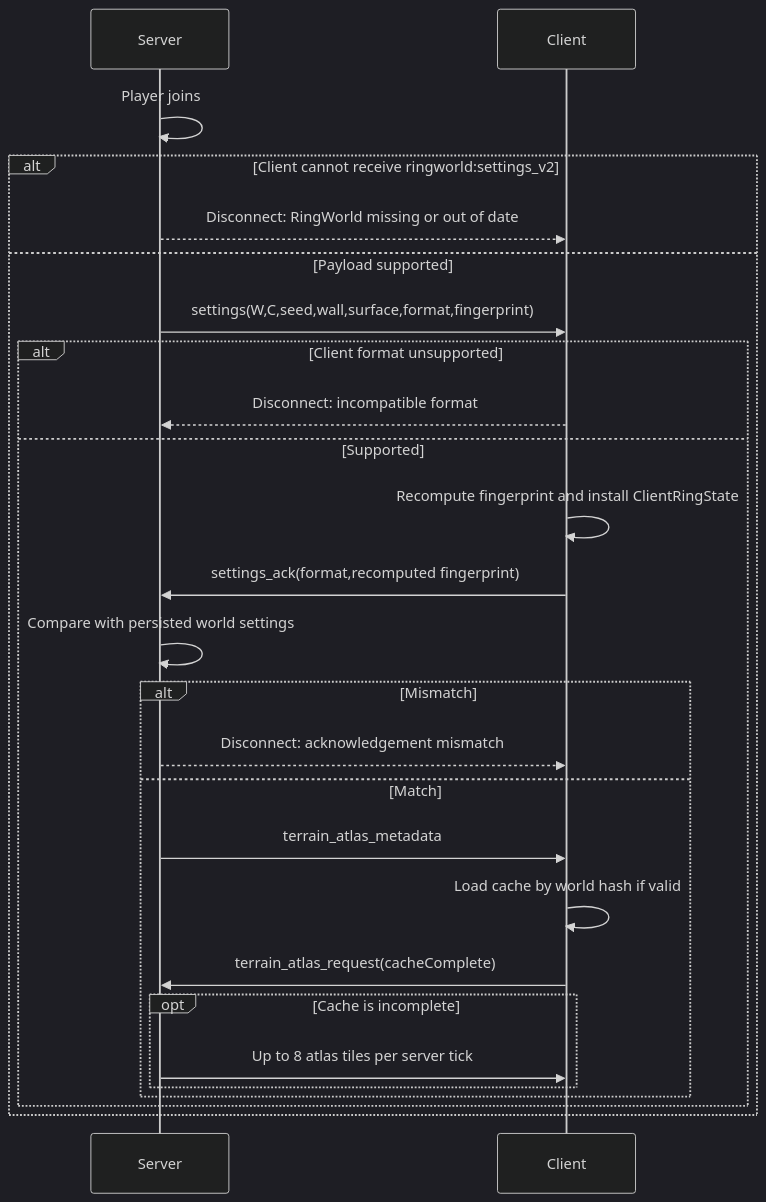
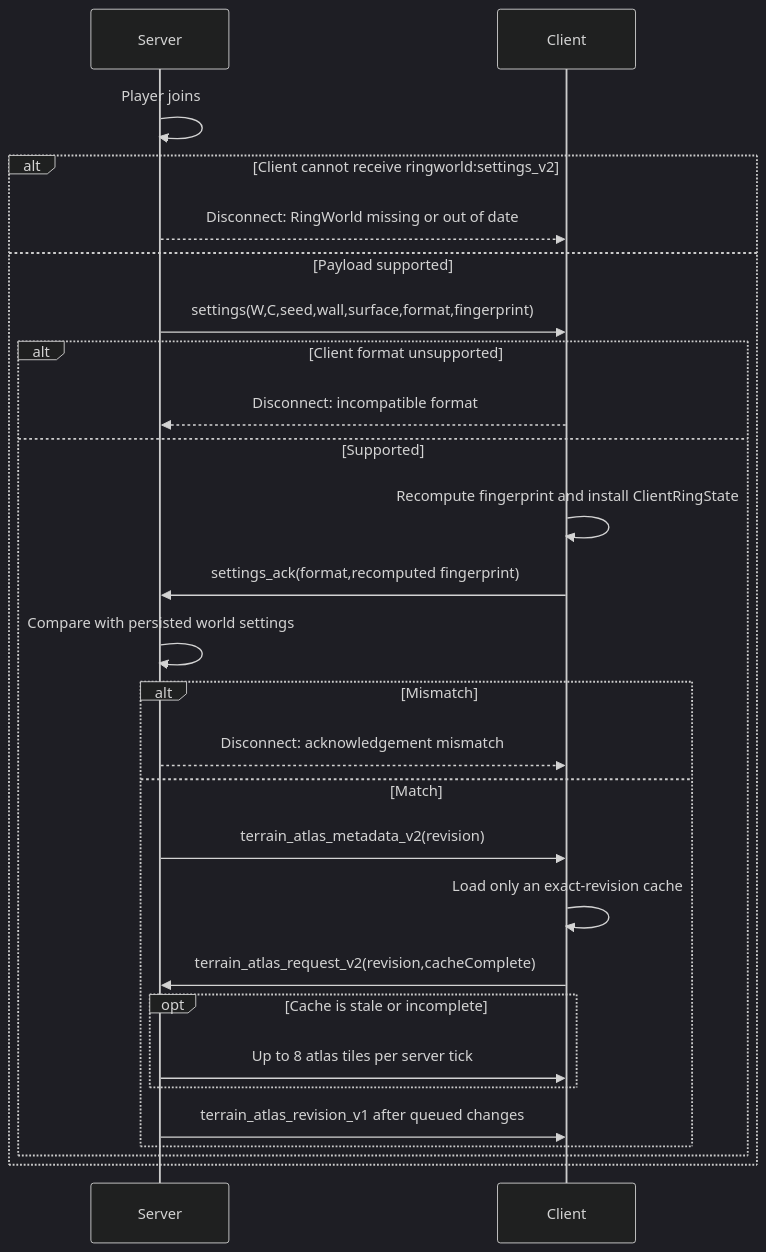
One commit to Delaser/RingWorld changed the diagram in docs/NETWORK_PROTOCOL.md. Above: the diagram before and after it, drawn with Mermaid (dark theme). The commit also changed other lines of this file and 30 other files, not shown here.

Commit message:
Refresh terrain atlas after world edits

````diff
--- a/docs/NETWORK_PROTOCOL.md
+++ b/docs/NETWORK_PROTOCOL.md
@@ -43,28 +44,29 @@
 ```mermaid
 sequenceDiagram
     participant S as Server
     participant C as Client
     S->>S: Player joins
     alt Client cannot receive ringworld:settings_v2
         S-->>C: Disconnect: RingWorld missing or out of date
     else Payload supported
         S->>C: settings(W,C,seed,wall,surface,format,fingerprint)
         alt Client format unsupported
             C-->>S: Disconnect: incompatible format
         else Supported
             C->>C: Recompute fingerprint and install ClientRingState
             C->>S: settings_ack(format,recomputed fingerprint)
             S->>S: Compare with persisted world settings
             alt Mismatch
                 S-->>C: Disconnect: acknowledgement mismatch
             else Match
-                S->>C: terrain_atlas_metadata
-                C->>C: Load cache by world hash if valid
-                C->>S: terrain_atlas_request(cacheComplete)
-                opt Cache is incomplete
+                S->>C: terrain_atlas_metadata_v2(revision)
+                C->>C: Load only an exact-revision cache
+                C->>S: terrain_atlas_request_v2(revision,cacheComplete)
+                opt Cache is stale or incomplete
                     S->>C: Up to 8 atlas tiles per server tick
                 end
+                S->>C: terrain_atlas_revision_v1 after queued changes
             end
         end
     end
 ```
````
